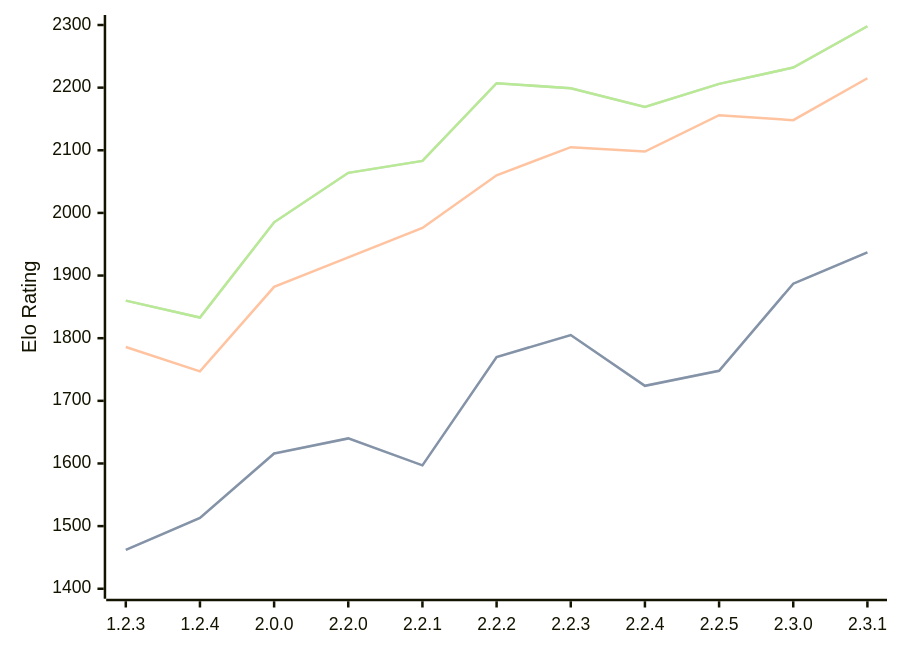
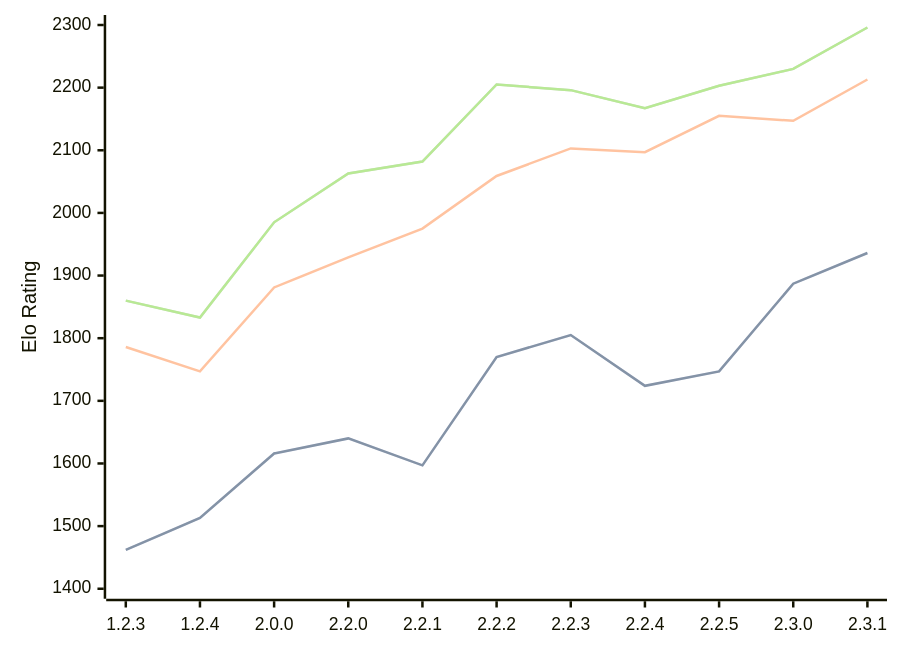
Before and after one commit to computer-chess-index/cci: the diagram in engines/Kreveta.md, drawn with Mermaid. The commit also changed other lines of this file, not shown here.

Commit message:
Update CCI Ratings (ELO VLTC) - 2026-08-12

````diff
--- a/engines/Kreveta.md
+++ b/engines/Kreveta.md
@@ -43,11 +43,11 @@
 ```mermaid
 %%{init: {"theme":"base","themeVariables":{"seriesColors:['#a3a3a3','#222221','#faa371']}}}%%
 xychart-beta
   x-axis ["1.2.3", "1.2.4", "2.0.0", "2.2.0", "2.2.1", "2.2.2", "2.2.3", "2.2.4", "2.2.5", "2.3.0", "2.3.1"]
   y-axis "Elo Rating" 1400 --> 2300
-  line "STC (8.0+0.08s)" [1462, 1513, 1616, 1640, 1597, 1770, 1805, 1724, 1748, 1887, 1937]
-  line "STC (8.0+0.08s)" [1462, 1513, 1616, 1640, 1597, 1770, 1805, 1724, 1748, 1887, 1937]
-  line "LTC (60.0+0.60s)" [1786, 1747, 1882, 1929, 1976, 2060, 2105, 2098, 2156, 2148, 2215]
-  line "VLTC (2m24s+1.12s)" [1860, 1833, 1985, 2064, 2083, 2207, 2199, 2169, 2206, 2232, 2298]
-  line "VLTC (2m24s+1.12s)" [1860, 1833, 1985, 2064, 2083, 2207, 2199, 2169, 2206, 2232, 2298]
+  line "STC (8.0+0.08s)" [1462, 1513, 1616, 1640, 1597, 1770, 1805, 1724, 1747, 1887, 1936]
+  line "STC (8.0+0.08s)" [1462, 1513, 1616, 1640, 1597, 1770, 1805, 1724, 1747, 1887, 1936]
+  line "LTC (60.0+0.60s)" [1786, 1747, 1881, 1929, 1975, 2059, 2103, 2097, 2155, 2147, 2213]
+  line "VLTC (2m24s+1.12s)" [1860, 1833, 1985, 2063, 2082, 2205, 2196, 2167, 2203, 2230, 2296]
+  line "VLTC (2m24s+1.12s)" [1860, 1833, 1985, 2063, 2082, 2205, 2196, 2167, 2203, 2230, 2296]
 ```
````
